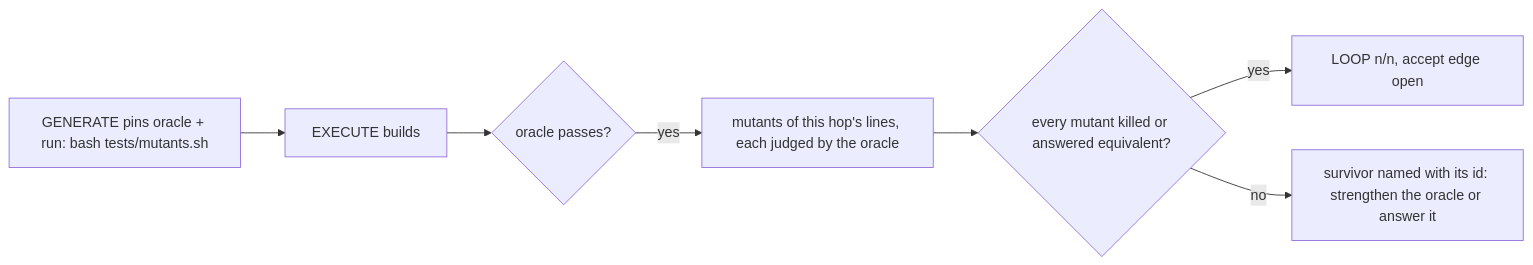
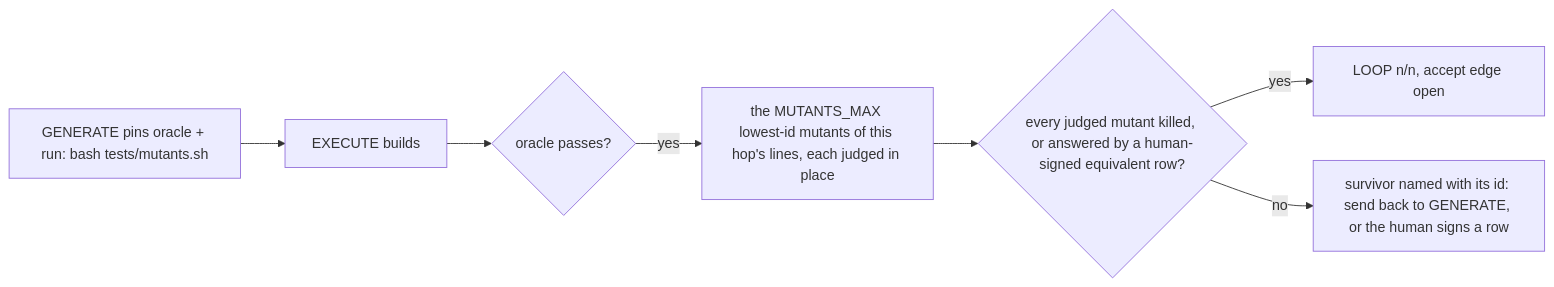
Before and after one commit to kadaluarsa/barbaric-driven-development: the second of 2 diagrams in docs/cascade/05b-t109-oracle-strength.md, drawn with Mermaid. The commit also changed other lines of this file and 9 other files, not shown here.

Commit message:
t109: dispositions C1–C10, human decisions (C1, C2, C6), spec v2, prototype, oracle re-pinned

````diff
--- a/docs/cascade/05b-t109-oracle-strength.md
+++ b/docs/cascade/05b-t109-oracle-strength.md
@@ -58,9 +68,9 @@
 ```mermaid
 flowchart LR
   G[GENERATE pins oracle + run: bash tests/mutants.sh] --> E[EXECUTE builds]
   E --> L{oracle passes?}
-  L -- yes --> M[mutants of this hop's lines, each judged by the oracle]
-  M --> K{every mutant killed or answered equivalent?}
+  L -- yes --> M[the MUTANTS_MAX lowest-id mutants of this hop's lines, each judged in place]
+  M --> K{every judged mutant killed, or answered by a human-signed equivalent row?}
   K -- yes --> A[LOOP n/n, accept edge open]
-  K -- no --> S[survivor named with its id: strengthen the oracle or answer it]
+  K -- no --> S[survivor named with its id: send back to GENERATE, or the human signs a row]
 ```
````
